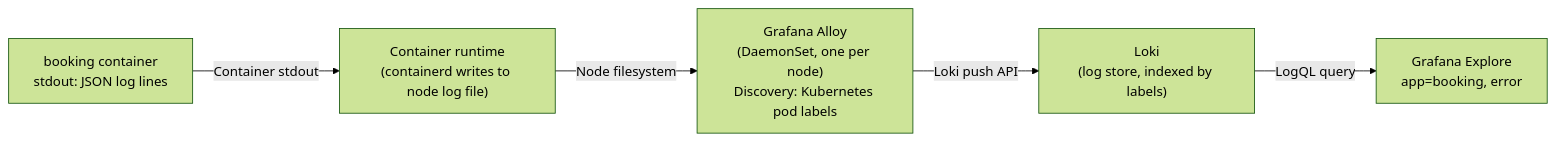
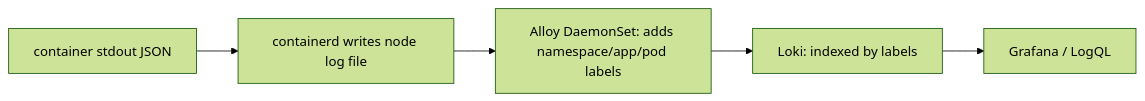
Before and after one commit to darshan-raul/apollo11-docs: the diagram in docs/learn/observability/logs.md, drawn with Mermaid (forest theme). The commit also changed other lines of this file and 55 other files, not shown here.

````diff
--- a/docs/learn/observability/logs.md
+++ b/docs/learn/observability/logs.md
@@ -42,7 +21,7 @@
-~~~mermaid
+```mermaid
 flowchart LR
-  Booking["booking container\nstdout: JSON log lines"] -->|Container stdout| CRI["Container runtime\n(containerd writes to node log file)"]
-  CRI -->|Node filesystem| Alloy["Grafana Alloy\n(DaemonSet, one per node)\nDiscovery: Kubernetes pod labels"]
-  Alloy -->|Loki push API| Loki["Loki\n(log store, indexed by labels)"]
-  Loki -->|LogQL query| Grafana["Grafana Explore\napp=booking, error"]
-~~~
+  A[container stdout JSON] --> C[containerd writes node log file]
+  C --> Al[Alloy DaemonSet: adds namespace/app/pod labels]
+  Al --> Lk[Loki: indexed by labels]
+  Lk --> G[Grafana / LogQL]
+```
````
